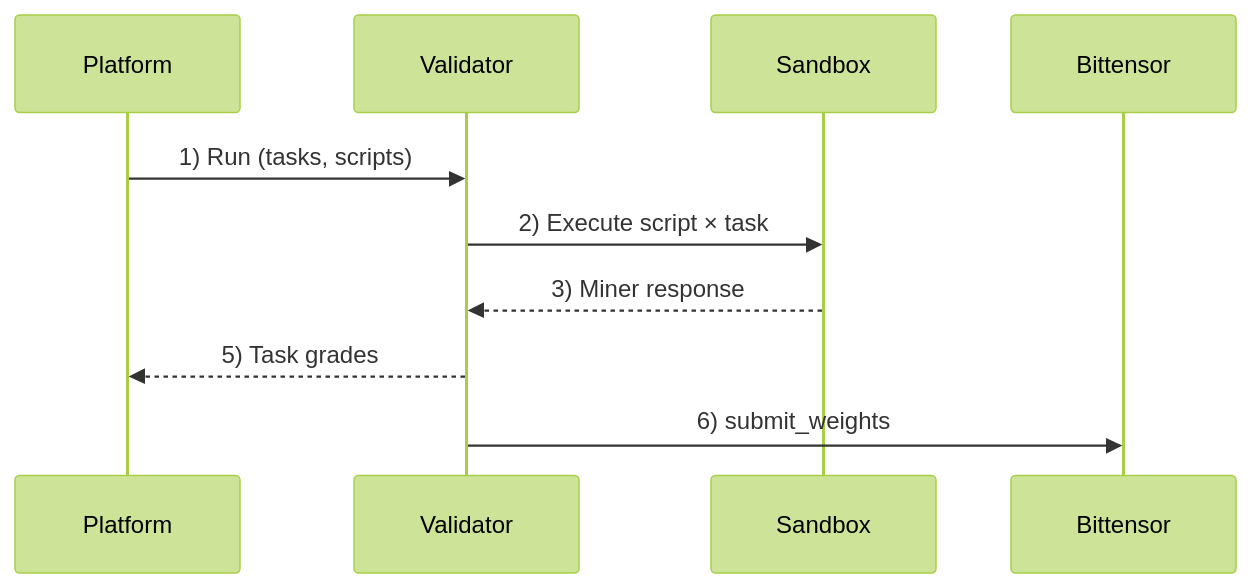
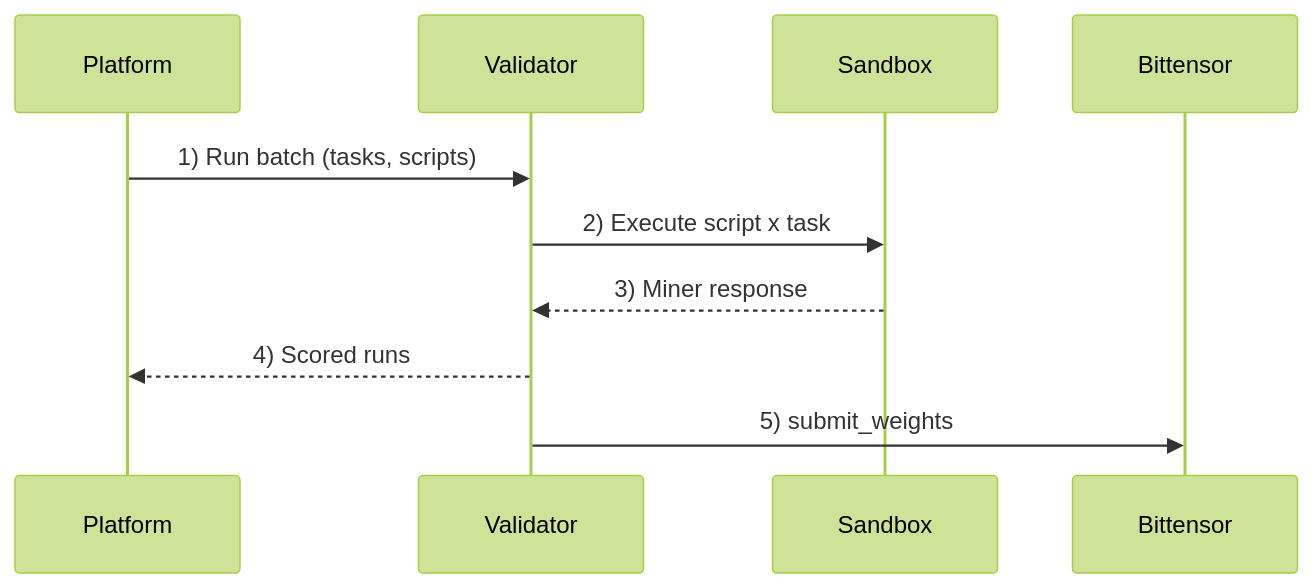
Before and after one commit to caster-hub/caster: the diagram in README.md, drawn with Mermaid (forest theme). The commit also changed other lines of this file and 94 other files, not shown here.

````diff
--- a/README.md
+++ b/README.md
@@ -86,13 +77,13 @@
 ```mermaid
 sequenceDiagram
     participant Platform
     participant Validator
     participant Sandbox
     participant Bittensor
 
-    Platform->>Validator: 1) Run (tasks, scripts)
-    Validator->>Sandbox: 2) Execute script × task
+    Platform->>Validator: 1) Run batch (tasks, scripts)
+    Validator->>Sandbox: 2) Execute script x task
     Sandbox-->>Validator: 3) Miner response
-    Validator-->>Platform: 5) Task grades
-    Validator->>Bittensor: 6) submit_weights
+    Validator-->>Platform: 4) Scored runs
+    Validator->>Bittensor: 5) submit_weights
 ```
````
